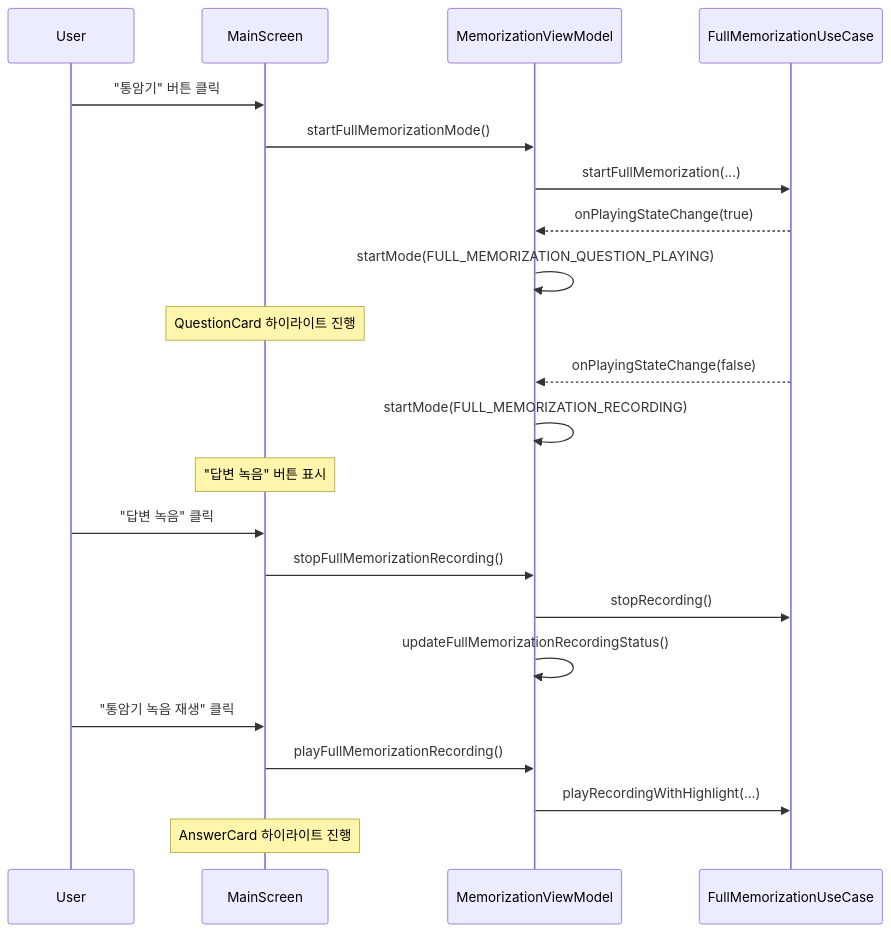
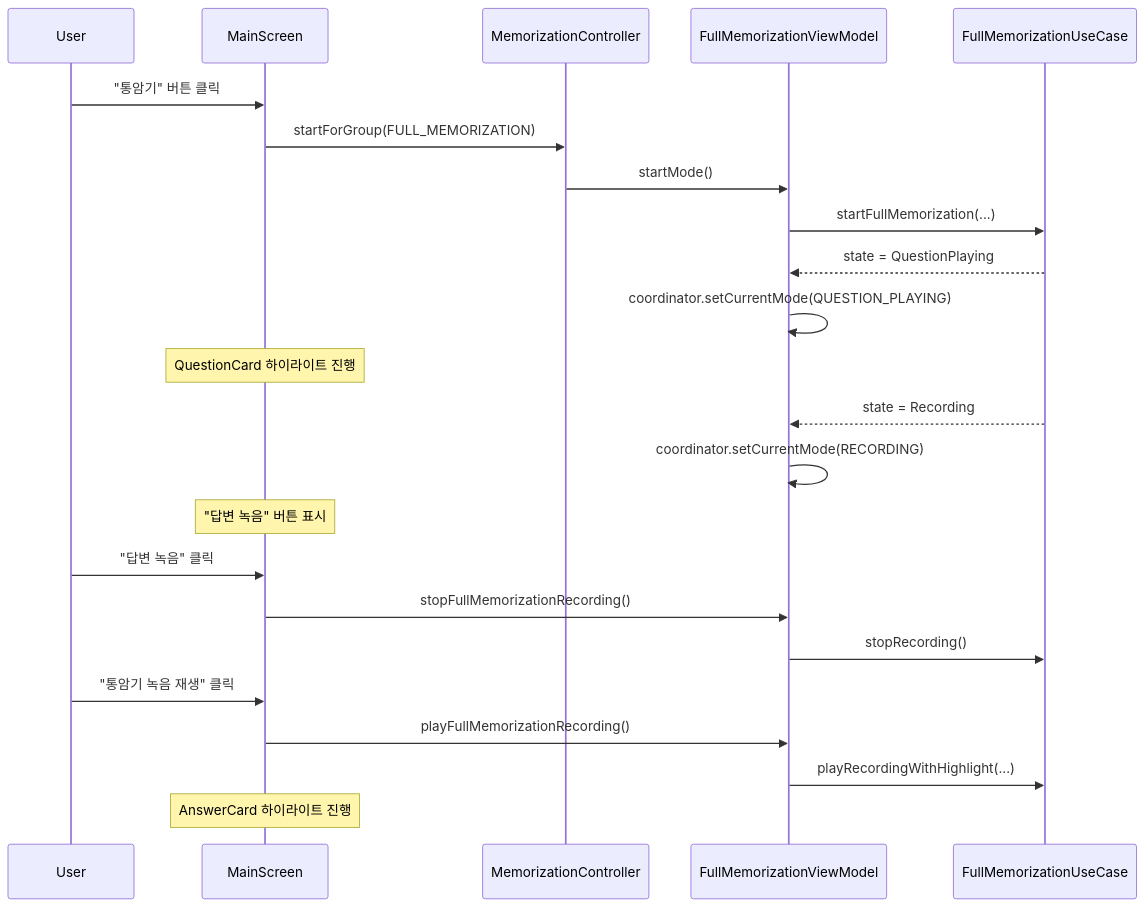
Before and after one commit to AlgoLovers/OPIcHelper: the fourth of 6 diagrams in .claude/architecture/ARCHITECTURE_PRESENTATION.md, drawn with Mermaid. The commit also changed other lines of this file and 9 other files, not shown here.

````diff
--- a/.claude/architecture/ARCHITECTURE_PRESENTATION.md
+++ b/.claude/architecture/ARCHITECTURE_PRESENTATION.md
@@ -143,29 +335,30 @@
 ```mermaid
 sequenceDiagram
     participant User
     participant MS as MainScreen
-    participant MVM as MemorizationViewModel
+    participant MC as MemorizationController
+    participant FMVM as FullMemorizationViewModel
     participant FMU as FullMemorizationUseCase
 
     User->>MS: "통암기" 버튼 클릭
-    MS->>MVM: startFullMemorizationMode()
-    MVM->>FMU: startFullMemorization(...)
+    MS->>MC: startForGroup(FULL_MEMORIZATION)
+    MC->>FMVM: startMode()
+    FMVM->>FMU: startFullMemorization(...)
 
-    FMU-->>MVM: onPlayingStateChange(true)
-    MVM->>MVM: startMode(FULL_MEMORIZATION_QUESTION_PLAYING)
+    FMU-->>FMVM: state = QuestionPlaying
+    FMVM->>FMVM: coordinator.setCurrentMode(QUESTION_PLAYING)
     Note over MS: QuestionCard 하이라이트 진행
 
-    FMU-->>MVM: onPlayingStateChange(false)
-    MVM->>MVM: startMode(FULL_MEMORIZATION_RECORDING)
+    FMU-->>FMVM: state = Recording
+    FMVM->>FMVM: coordinator.setCurrentMode(RECORDING)
     Note over MS: "답변 녹음" 버튼 표시
 
     User->>MS: "답변 녹음" 클릭
-    MS->>MVM: stopFullMemorizationRecording()
-    MVM->>FMU: stopRecording()
-    MVM->>MVM: updateFullMemorizationRecordingStatus()
+    MS->>FMVM: stopFullMemorizationRecording()
+    FMVM->>FMU: stopRecording()
 
     User->>MS: "통암기 녹음 재생" 클릭
-    MS->>MVM: playFullMemorizationRecording()
-    MVM->>FMU: playRecordingWithHighlight(...)
+    MS->>FMVM: playFullMemorizationRecording()
+    FMVM->>FMU: playRecordingWithHighlight(...)
     Note over MS: AnswerCard 하이라이트 진행
 ```
````
